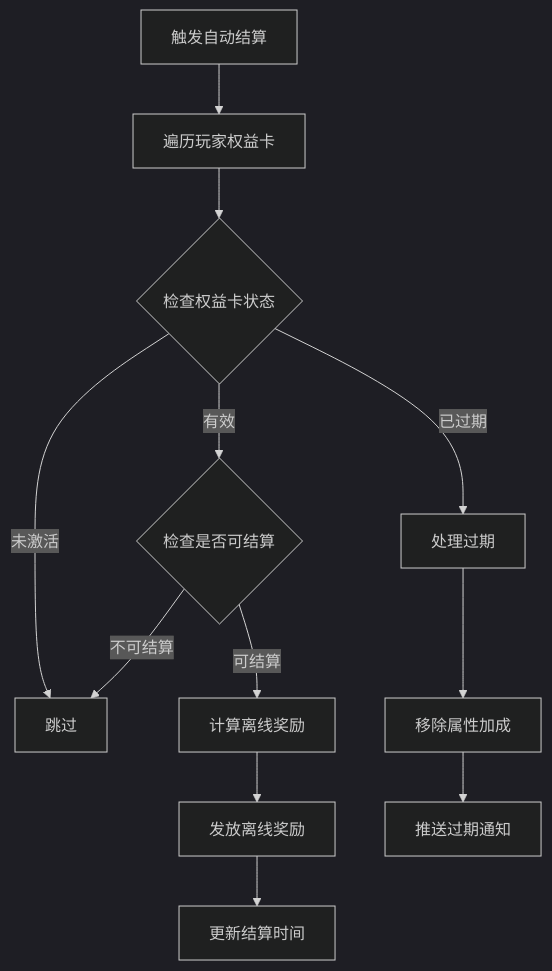
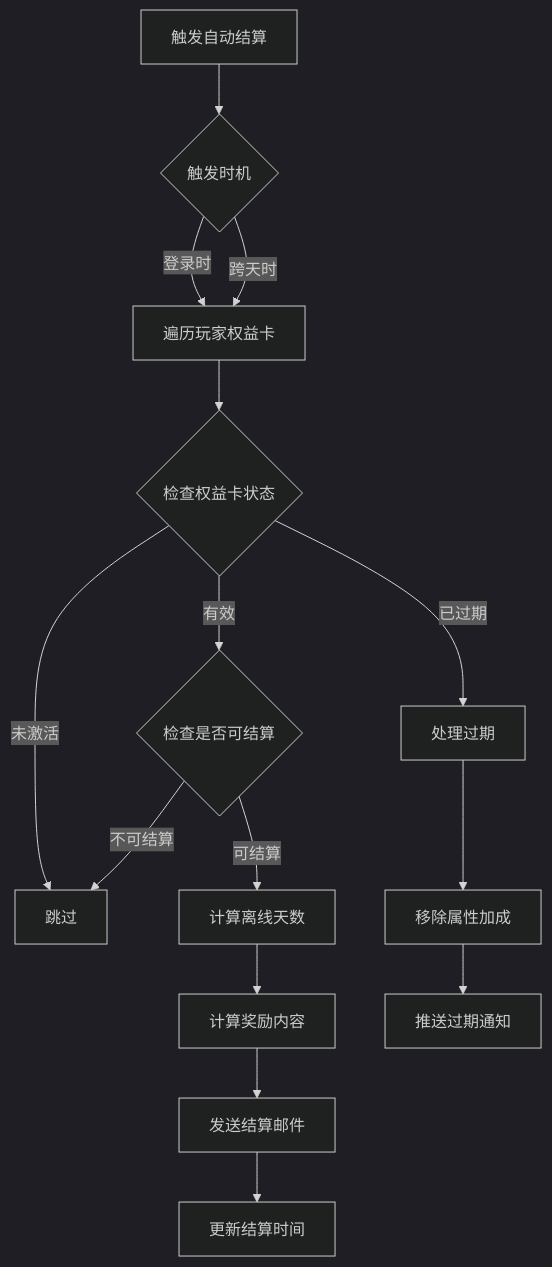
The fourth of 6 diagrams in docs/Module_PrivilegeCard/05_完整说明.md (Alan-Ben/k2c_game_framework), drawn with Mermaid (dark theme) before and after one commit. The commit also changed other lines of this file and 5 other files, not shown here.

````diff
--- a/docs/Module_PrivilegeCard/05_完整说明.md
+++ b/docs/Module_PrivilegeCard/05_完整说明.md
@@ -124,14 +138,17 @@
 ```mermaid
 flowchart TD
-    A[触发自动结算] --> B[遍历玩家权益卡]
-    B --> C{检查权益卡状态}
-    C -->|未激活| D[跳过]
-    C -->|已过期| E[处理过期]
-    C -->|有效| F{检查是否可结算}
-    F -->|不可结算| D
-    F -->|可结算| G[计算离线奖励]
-    G --> H[发放离线奖励]
-    H --> I[更新结算时间]
-    E --> J[移除属性加成]
-    J --> K[推送过期通知]
+    A[触发自动结算] --> B{触发时机}
+    B -->|登录时| C[遍历玩家权益卡]
+    B -->|跨天时| C
+    C --> D{检查权益卡状态}
+    D -->|未激活| E[跳过]
+    D -->|已过期| F[处理过期]
+    D -->|有效| G{检查是否可结算}
+    G -->|不可结算| E
+    G -->|可结算| H[计算离线天数]
+    H --> I[计算奖励内容]
+    I --> J[发送结算邮件]
+    J --> K[更新结算时间]
+    F --> L[移除属性加成]
+    L --> M[推送过期通知]
 ```
````
